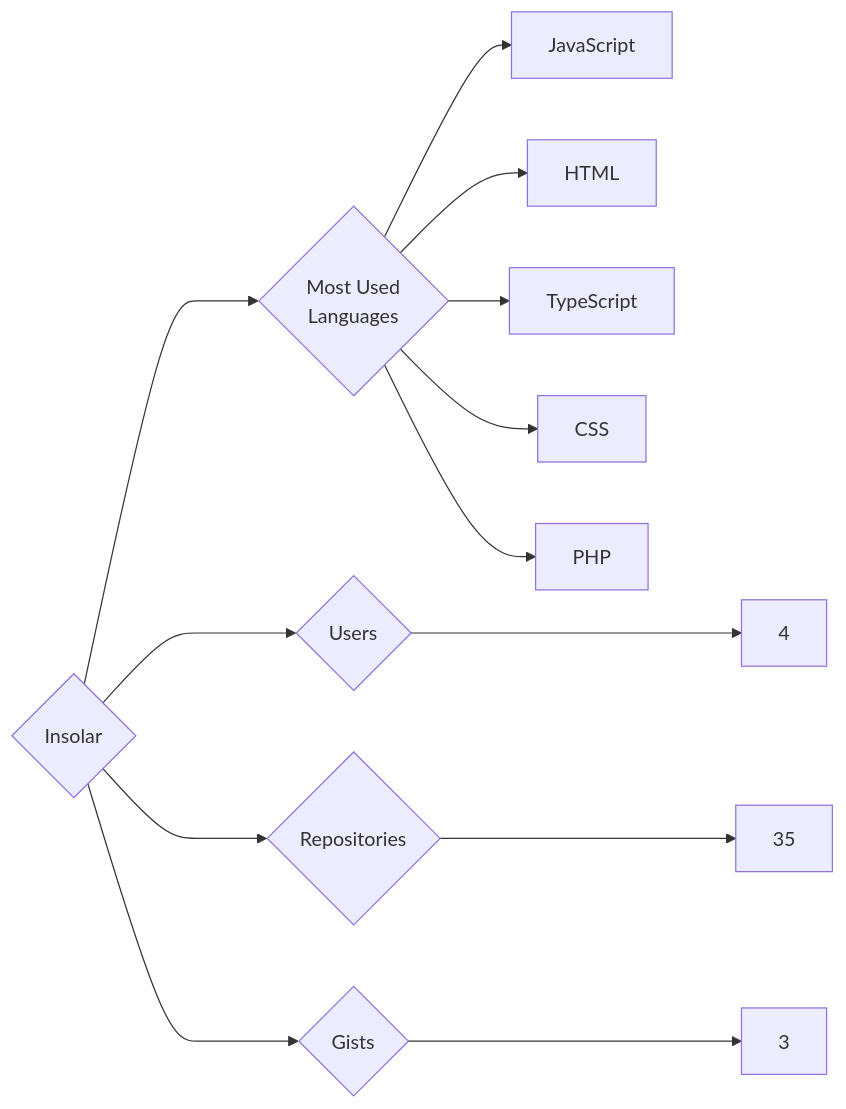
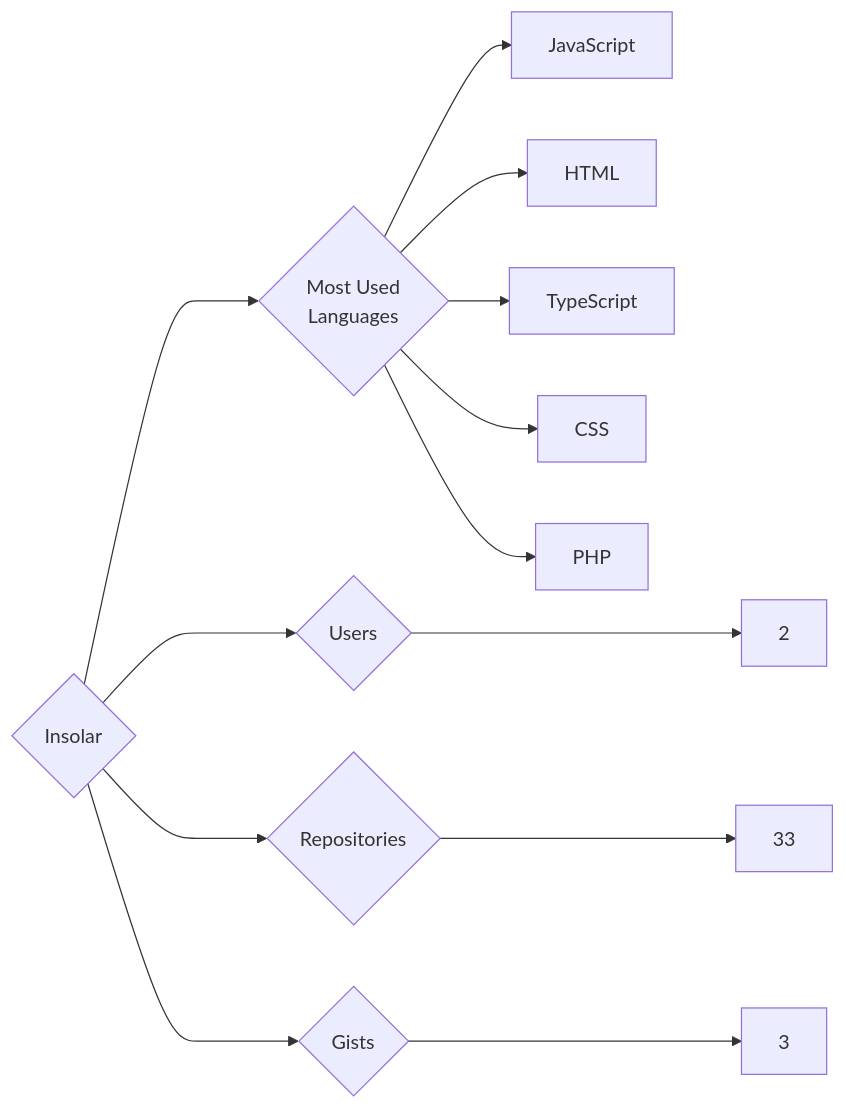
Before and after one commit to trickest/insiders: the diagram in targets/Insolar/README.md, drawn with Mermaid. The commit also changed 872 other files, not shown here.

````diff
--- a/targets/Insolar/README.md
+++ b/targets/Insolar/README.md
@@ -3,13 +3,13 @@
 ```mermaid
 graph LR
 COMPANY_NAME{Insolar}
-COMPANY_NAME ---> U{Users} ---> UN[4]
-COMPANY_NAME ---> R{Repositories} ---> RN[35]
+COMPANY_NAME ---> U{Users} ---> UN[2]
+COMPANY_NAME ---> R{Repositories} ---> RN[33]
 COMPANY_NAME ---> G{Gists} ---> GN[3]
 COMPANY_NAME ---> ML{Most Used<br>Languages}
 ML --> JavaScript[JavaScript]
 ML --> HTML[HTML]
 ML --> TypeScript[TypeScript]
 ML --> CSS[CSS]
 ML --> PHP[PHP]
 ```
````
